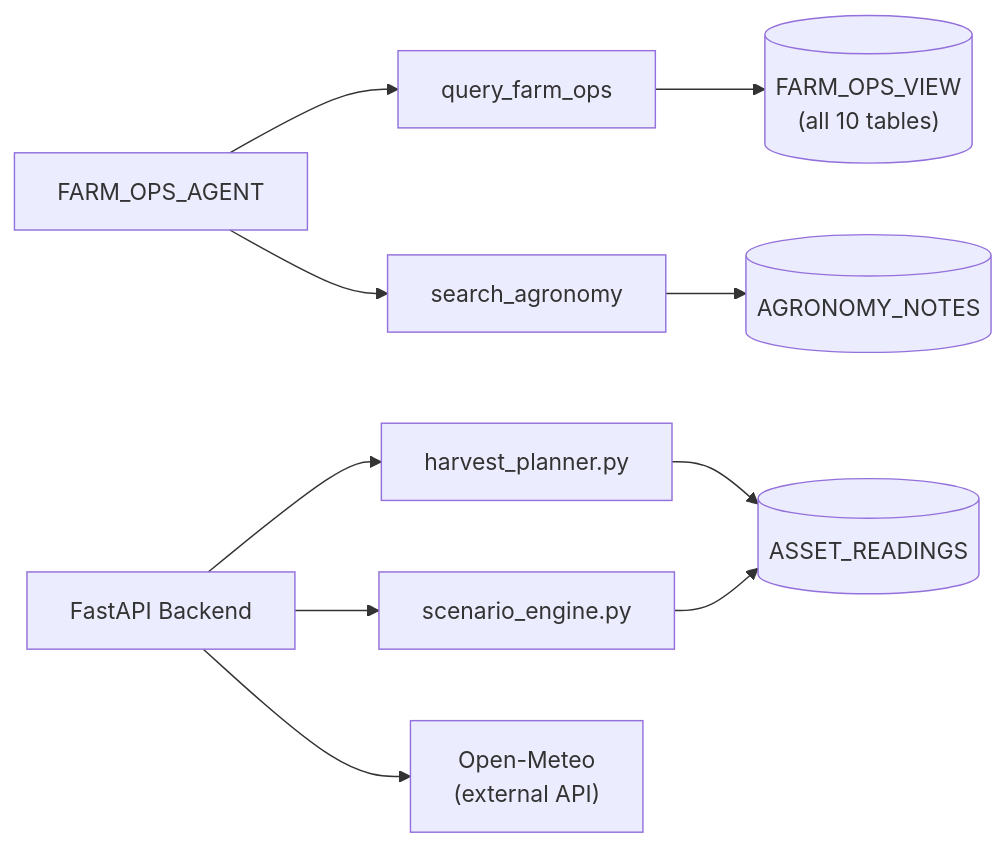
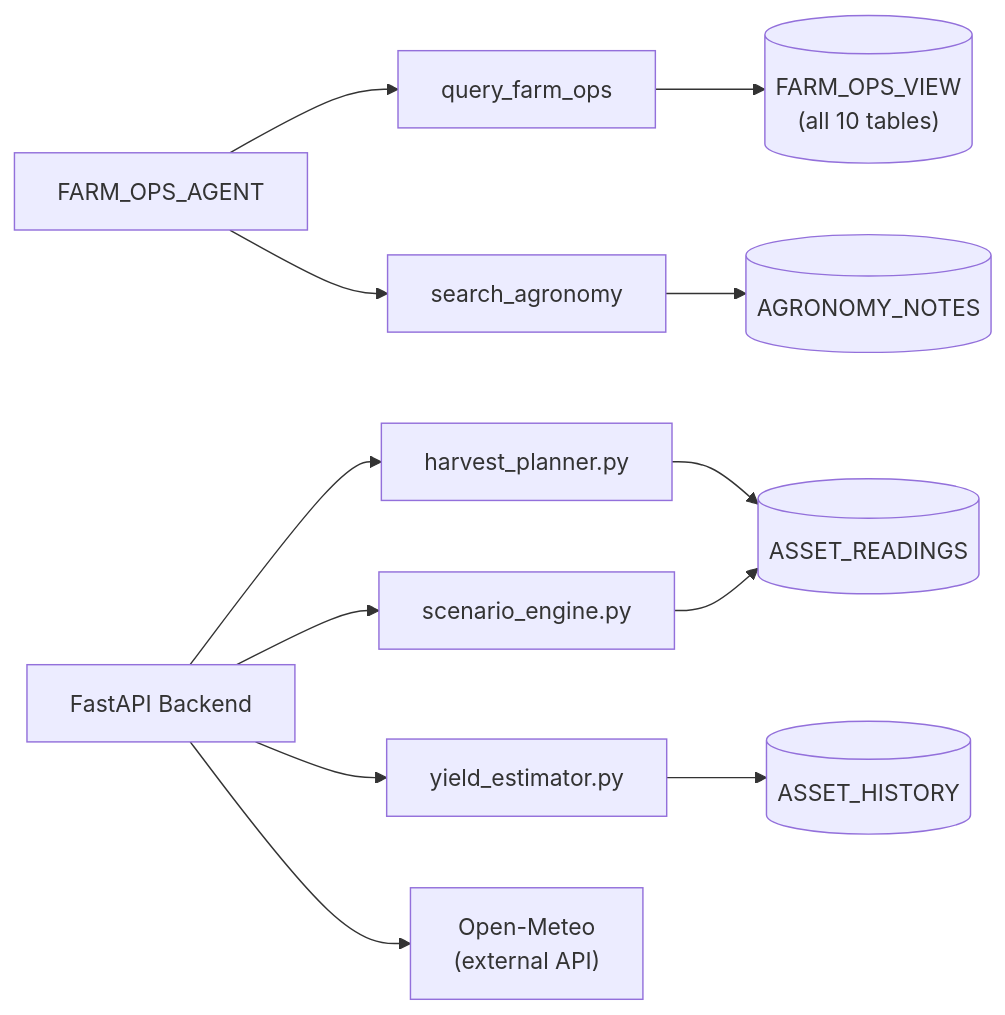
The fourth of 7 diagrams in docs/FarmTwin-AI-Copilot.md (stran1023/FarmTwin-AI-Copilot), drawn with Mermaid before and after one commit. The commit also changed other lines of this file and 11 other files, not shown here.

````diff
--- a/docs/FarmTwin-AI-Copilot.md
+++ b/docs/FarmTwin-AI-Copilot.md
@@ -166,12 +168,14 @@
 ```mermaid
 flowchart LR
     AGENT[FARM_OPS_AGENT] --> QFO[query_farm_ops]
     AGENT --> SA[search_agronomy]
     QFO --> VIEW[("FARM_OPS_VIEW<br/>(all 10 tables)")]
     SA --> NOTES[("AGRONOMY_NOTES")]
     BACKEND[FastAPI Backend] --> HP[harvest_planner.py]
     BACKEND --> SE[scenario_engine.py]
+    BACKEND --> YE[yield_estimator.py]
     BACKEND --> OM["Open-Meteo<br/>(external API)"]
     HP --> READ[("ASSET_READINGS")]
     SE --> READ
+    YE --> HIST[("ASSET_HISTORY")]
 ```
````
